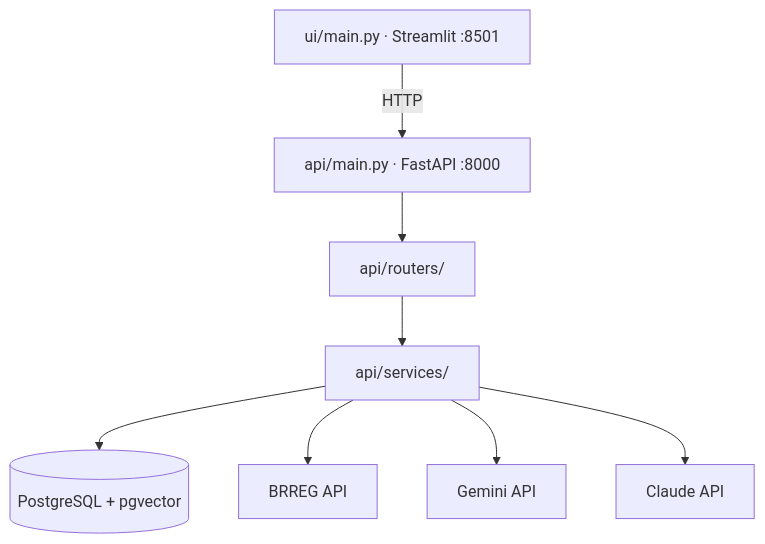
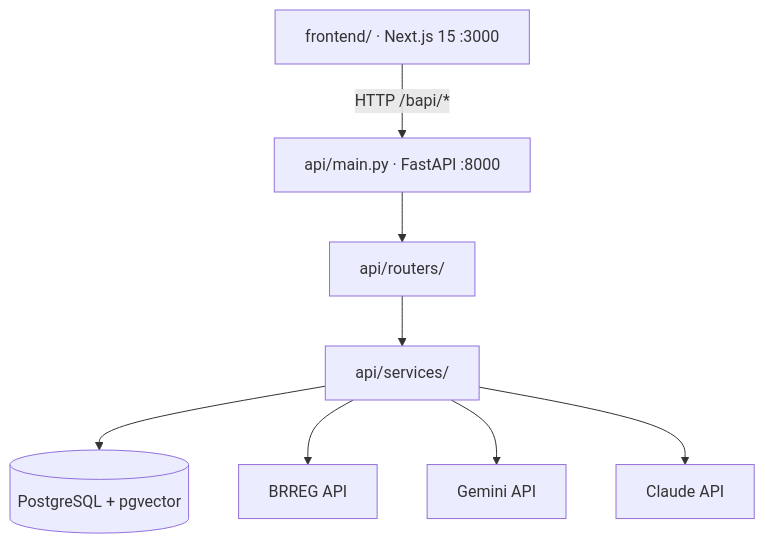
The diagram in CLAUDE.md (Antire-AS/Decelerates), drawn with Mermaid before and after one commit. The commit also changed other lines of this file and 44 other files, not shown here.

First line of the commit message:
chore: delete the legacy Streamlit ui — full Next.js parity reached

````diff
--- a/CLAUDE.md
+++ b/CLAUDE.md
@@ -30,10 +30,10 @@
 ```mermaid
 graph TD
-    UI[ui/main.py · Streamlit :8501] -->|HTTP| API[api/main.py · FastAPI :8000]
+    FE[frontend/ · Next.js 15 :3000] -->|HTTP /bapi/*| API[api/main.py · FastAPI :8000]
     API --> R[api/routers/]
     R --> S[api/services/]
     S --> DB[(PostgreSQL + pgvector)]
     S --> BRREG[BRREG API]
     S --> Gemini[Gemini API]
     S --> Claude[Claude API]
 ```
````
